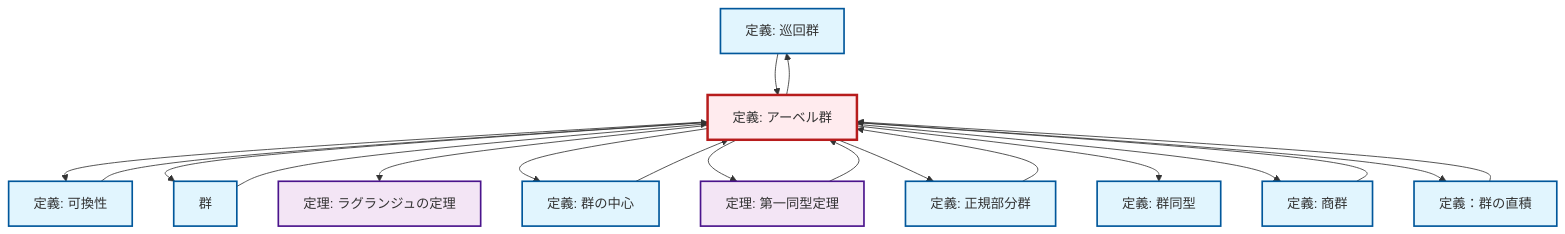
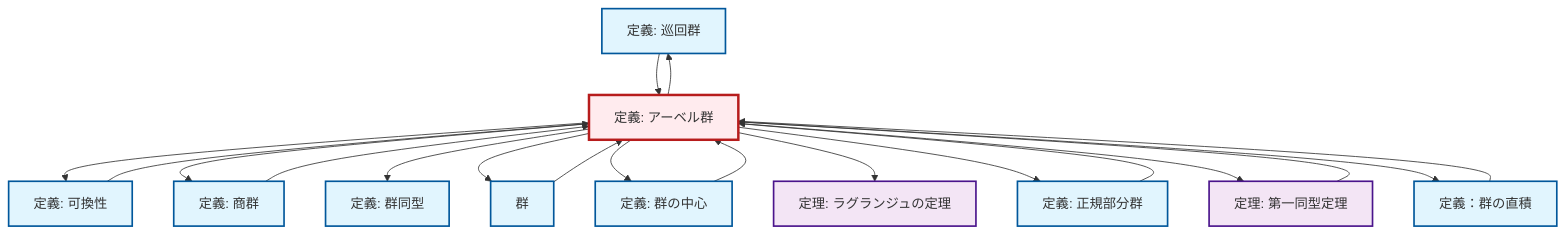
The diagram in content/ja/algebra/def-abelian-group.qmd (RK0429/ModernMath), drawn with Mermaid before and after one commit. The commit also changed other lines of this file and 1012 other files, not shown here.

````diff
--- a/content/ja/algebra/def-abelian-group.qmd
+++ b/content/ja/algebra/def-abelian-group.qmd
@@ -104,49 +104,49 @@
 ```{mermaid}
 %%| fig-cap: "Local dependency graph"
 graph TD
     classDef definition fill:#e1f5fe,stroke:#01579b,stroke-width:2px
     classDef theorem fill:#f3e5f5,stroke:#4a148c,stroke-width:2px
     classDef axiom fill:#fff3e0,stroke:#e65100,stroke-width:2px
     classDef example fill:#e8f5e9,stroke:#1b5e20,stroke-width:2px
     classDef current fill:#ffebee,stroke:#b71c1c,stroke-width:3px
+    def-isomorphism["定義: 群同型"]:::definition
+    def-cyclic-group["定義: 巡回群"]:::definition
     thm-lagrange["定理: ラグランジュの定理"]:::theorem
-    def-cyclic-group["定義: 巡回群"]:::definition
+    def-abelian-group["定義: アーベル群"]:::definition
+    def-normal-subgroup["定義: 正規部分群"]:::definition
+    def-center-of-group["定義: 群の中心"]:::definition
     def-commutativity["定義: 可換性"]:::definition
-    def-normal-subgroup["定義: 正規部分群"]:::definition
-    def-isomorphism["定義: 群同型"]:::definition
+    def-quotient-group["定義: 商群"]:::definition
     def-direct-product["定義：群の直積"]:::definition
     thm-first-isomorphism["定理: 第一同型定理"]:::theorem
-    def-quotient-group["定義: 商群"]:::definition
-    def-abelian-group["定義: アーベル群"]:::definition
-    def-center-of-group["定義: 群の中心"]:::definition
     def-group["群"]:::definition
+    def-abelian-group --> def-commutativity
+    def-normal-subgroup --> def-abelian-group
+    def-abelian-group --> def-quotient-group
+    def-quotient-group --> def-abelian-group
+    def-abelian-group --> def-isomorphism
+    def-center-of-group --> def-abelian-group
+    def-abelian-group --> def-group
     def-group --> def-abelian-group
     thm-first-isomorphism --> def-abelian-group
-    def-abelian-group --> def-commutativity
+    def-abelian-group --> def-center-of-group
+    def-abelian-group --> thm-lagrange
     def-abelian-group --> def-cyclic-group
     def-commutativity --> def-abelian-group
-    def-quotient-group --> def-abelian-group
-    def-abelian-group --> def-group
-    def-abelian-group --> thm-lagrange
-    def-abelian-group --> def-center-of-group
-    def-abelian-group --> thm-first-isomorphism
     def-cyclic-group --> def-abelian-group
     def-abelian-group --> def-normal-subgroup
-    def-abelian-group --> def-isomorphism
-    def-center-of-group --> def-abelian-group
-    def-abelian-group --> def-quotient-group
+    def-abelian-group --> thm-first-isomorphism
+    def-direct-product --> def-abelian-group
     def-abelian-group --> def-direct-product
-    def-normal-subgroup --> def-abelian-group
-    def-direct-product --> def-abelian-group
     class def-abelian-group current
+    click def-isomorphism "def-isomorphism.html" "群同型の定義へ"
+    click def-cyclic-group "def-cyclic-group.html" "巡回群の定義へ"
     click thm-lagrange "thm-lagrange.html" "ラグランジュの定理の定理へ"
-    click def-cyclic-group "def-cyclic-group.html" "巡回群の定義へ"
+    click def-normal-subgroup "def-normal-subgroup.html" "正規部分群の定義へ"
+    click def-center-of-group "def-center-of-group.html" "群の中心の定義へ"
     click def-commutativity "def-commutativity.html" "可換性の定義へ"
-    click def-normal-subgroup "def-normal-subgroup.html" "正規部分群の定義へ"
-    click def-isomorphism "def-isomorphism.html" "群同型の定義へ"
+    click def-quotient-group "def-quotient-group.html" "商群の定義へ"
     click def-direct-product "def-direct-product.html" "定義：群の直積へ"
     click thm-first-isomorphism "thm-first-isomorphism.html" "第一同型定理の定理へ"
-    click def-quotient-group "def-quotient-group.html" "商群の定義へ"
-    click def-center-of-group "def-center-of-group.html" "群の中心の定義へ"
     click def-group "def-group.html" "群へ"
 ```
````
